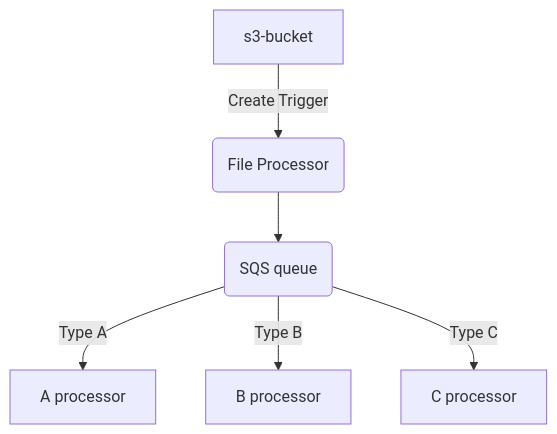
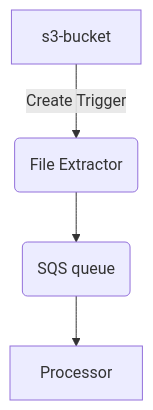
The diagram in README.md (sortednet/file-extractor-lambda), drawn with Mermaid before and after one commit. The commit also changed other lines of this file, not shown here.

````diff
--- a/README.md
+++ b/README.md
@@ -8,8 +8,6 @@
 ```mermaid
 flowchart TD
-    A[s3-bucket] -->|Create Trigger| B(File Processor)
+    A[s3-bucket] -->|Create Trigger| B(File Extractor)
     B --> C(SQS queue)
-    C -->|Type A| D[A processor]
-    C -->|Type B| E[B processor]
-    C -->|Type C| F[C processor]
+    C --> D[Processor]
 ```
````
